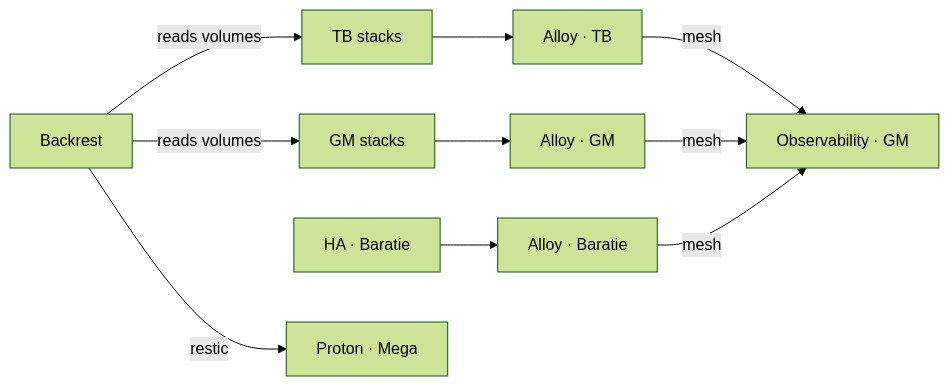
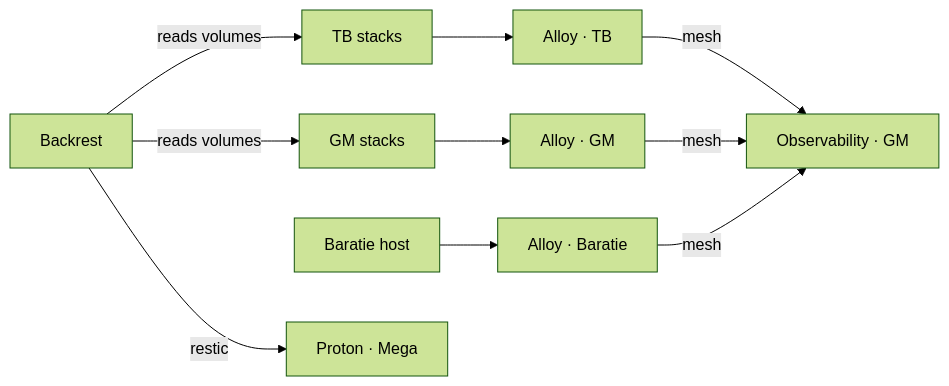
The third of 3 diagrams in docs/ARCHI.md (siffreinsg/the-sea), drawn with Mermaid (forest theme) before and after one commit. The commit also changed 3 other files, not shown here.

````diff
--- a/docs/ARCHI.md
+++ b/docs/ARCHI.md
@@ -28,9 +28,9 @@
 ```mermaid
 flowchart LR
   tb[TB stacks] --> alloy_tb[Alloy · TB]
   gm[GM stacks] --> alloy_gm[Alloy · GM]
-  baratie[HA · Baratie] --> alloy_baratie[Alloy · Baratie]
+  baratie[Baratie host] --> alloy_baratie[Alloy · Baratie]
   alloy_tb & alloy_gm & alloy_baratie -->|mesh| obs[Observability · GM]
   backrest[Backrest] -->|reads volumes| tb & gm
   backrest -->|restic| off[Proton · Mega]
 ```
````
